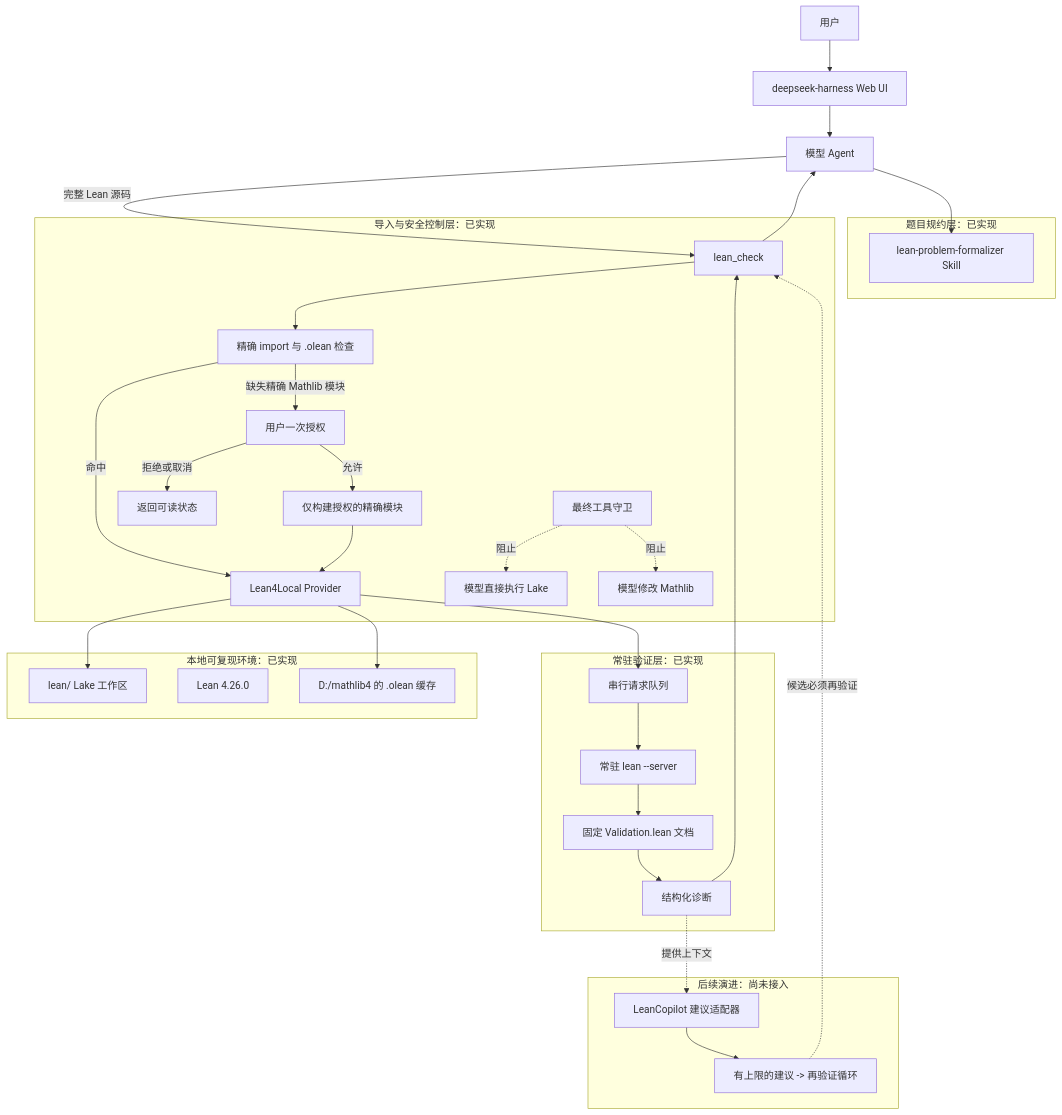
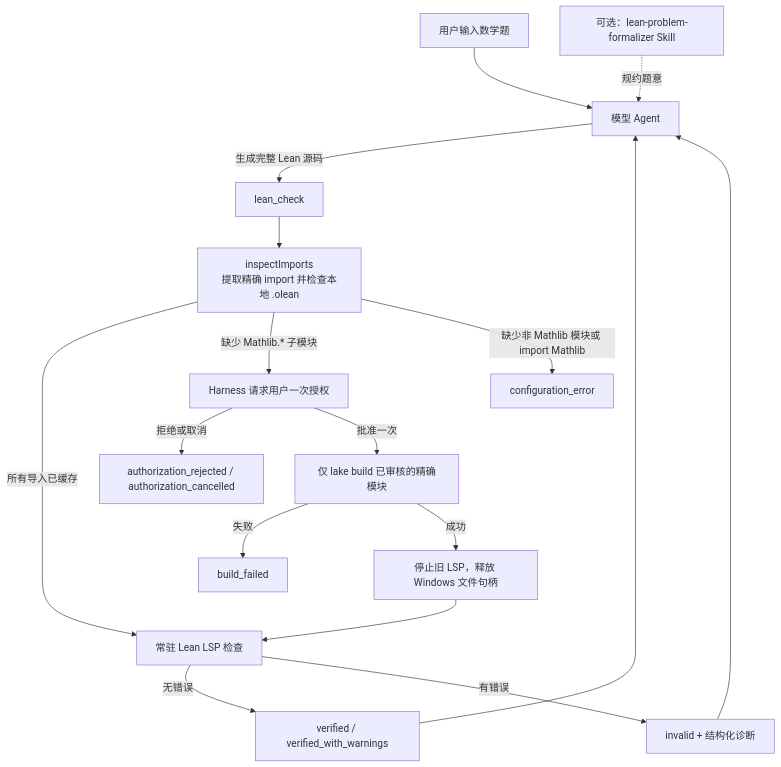
The second of 4 diagrams in docs/architecture.md (Cosmicwanderer1/lean4-harness-plugin), drawn with Mermaid before and after one commit. The commit also changed other lines of this file and 2 other files, not shown here.

Commit message:
docs: clarify plugin architecture and usage

````diff
--- a/docs/architecture.md
+++ b/docs/architecture.md
@@ -11,50 +80,22 @@
 ```mermaid
-flowchart TB
-  User[用户] --> Web[deepseek-harness Web UI]
-  Web --> Agent[模型 Agent]
+flowchart TD
+  User[用户输入数学题] --> Agent[模型 Agent]
+  Skill[可选：lean-problem-formalizer Skill] -.规约题意.-> Agent
+  Agent -->|生成完整 Lean 源码| Tool[lean_check]
 
-  subgraph Formalization[题目规约层：已实现]
-    Skill[lean-problem-formalizer Skill]
-  end
+  Tool --> Inspect[inspectImports\n提取精确 import 并检查本地 .olean]
+  Inspect -->|所有导入已缓存| Verify
+  Inspect -->|缺少 Mathlib.* 子模块| Ask[Harness 请求用户一次授权]
+  Inspect -->|缺少非 Mathlib 模块或 import Mathlib| ConfigError[configuration_error]
 
-  Agent --> Skill
-  Agent -->|完整 Lean 源码| Check[lean_check]
+  Ask -->|拒绝或取消| Denied[authorization_rejected / authorization_cancelled]
+  Ask -->|批准一次| Build[仅 lake build 已审核的精确模块]
+  Build -->|失败| BuildError[build_failed]
+  Build -->|成功| Restart[停止旧 LSP，释放 Windows 文件句柄]
+  Restart --> Verify[常驻 Lean LSP 检查]
 
-  subgraph Guard[导入与安全控制层：已实现]
-    Check --> Inspect[精确 import 与 .olean 检查]
-    Inspect -->|命中| Verify
-    Inspect -->|缺失精确 Mathlib 模块| Approval[用户一次授权]
-    Approval -->|允许| BoundedBuild[仅构建授权的精确模块]
-    Approval -->|拒绝或取消| Stop[返回可读状态]
-    BoundedBuild --> Verify
-    GuardTool[最终工具守卫] -.阻止.-> DirectLake[模型直接执行 Lake]
-    GuardTool -.阻止.-> WriteMathlib[模型修改 Mathlib]
-  end
-
-  subgraph Verification[常驻验证层：已实现]
-    Verify[Lean4Local Provider] --> Queue[串行请求队列]
-    Queue --> LSP[常驻 lean --server]
-    LSP --> Document[固定 Validation.lean 文档]
-    Document --> Diagnostics[结构化诊断]
-  end
-
-  subgraph Local[本地可复现环境：已实现]
-    Workspace[lean/ Lake 工作区]
-    Toolchain[Lean 4.26.0]
-    Cache[D:/mathlib4 的 .olean 缓存]
-  end
-
-  Verify --> Workspace
-  Verify --> Cache
-  Diagnostics --> Check
-  Check --> Agent
-
-  subgraph Future[后续演进：尚未接入]
-    Copilot[LeanCopilot 建议适配器]
-    Repair[有上限的建议 -> 再验证循环]
-    Copilot --> Repair
-  end
-
-  Diagnostics -.提供上下文.-> Copilot
-  Repair -.候选必须再验证.-> Check
+  Verify -->|无错误| Verified[verified / verified_with_warnings]
+  Verify -->|有错误| Invalid[invalid + 结构化诊断]
+  Invalid --> Agent
+  Verified --> Agent
 ```
````
